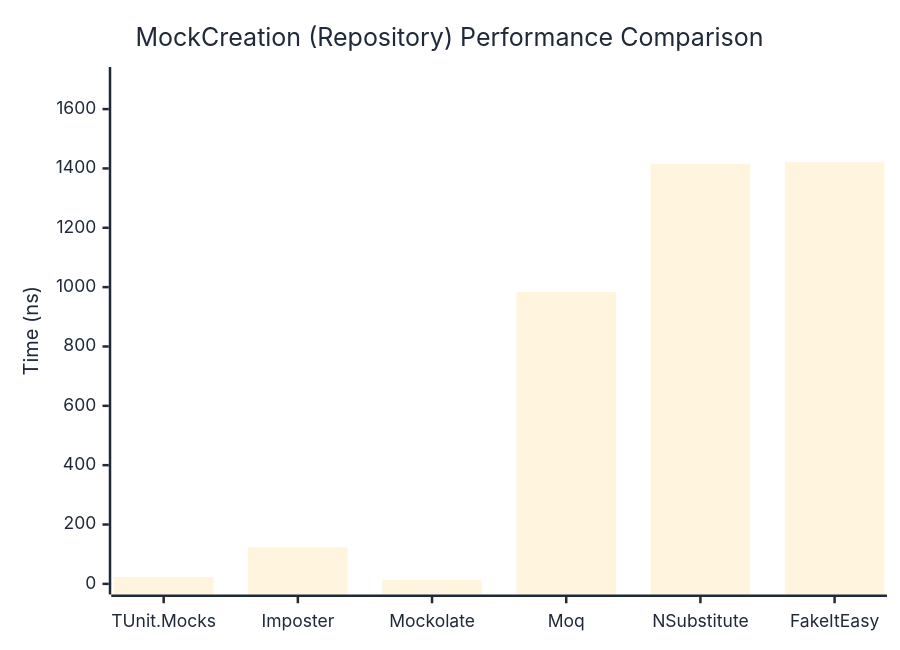
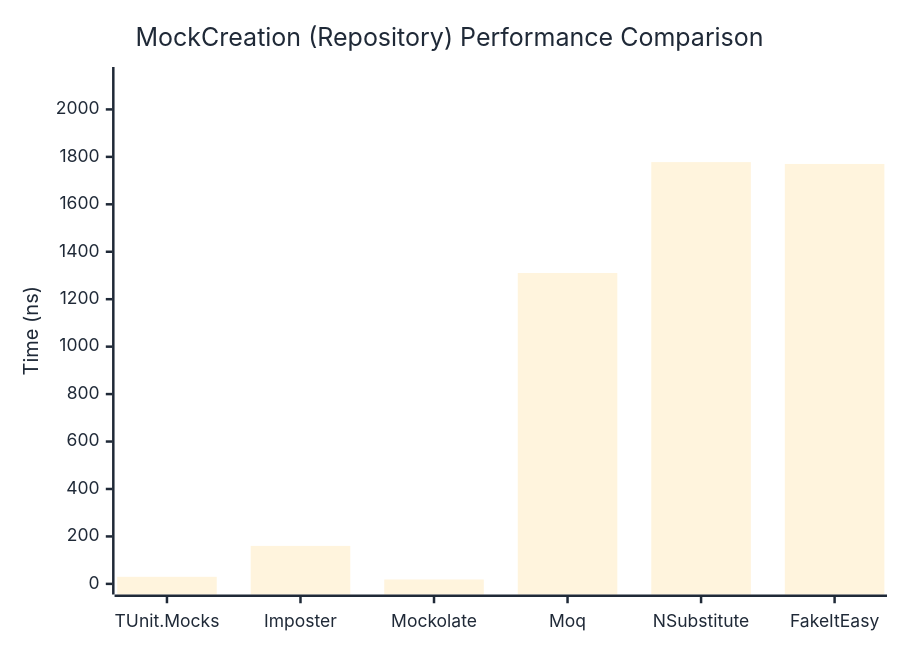
Before and after one commit to thomhurst/TUnit: the second of 2 diagrams in docs/docs/benchmarks/mocks/MockCreation.md, drawn with Mermaid. The commit also changed other lines of this file and 14 other files, not shown here.

````diff
--- a/docs/docs/benchmarks/mocks/MockCreation.md
+++ b/docs/docs/benchmarks/mocks/MockCreation.md
@@ -71,27 +71,27 @@
 ```mermaid
 %%{init: {
   'theme':'base',
   'themeVariables': {
     'primaryColor': '#2563eb',
     'primaryTextColor': '#1f2937',
     'primaryBorderColor': '#1e40af',
     'lineColor': '#6b7280',
     'secondaryColor': '#7c3aed',
     'tertiaryColor': '#dc2626',
     'background': '#ffffff',
     'pie1': '#2563eb',
     'pie2': '#7c3aed',
     'pie3': '#dc2626',
     'pie4': '#f59e0b',
     'pie5': '#10b981',
     'pie6': '#06b6d4',
     'pie7': '#ec4899',
     'pie8': '#6366f1'
   }
 }}%%
 xychart-beta
   title "MockCreation (Repository) Performance Comparison"
   x-axis ["TUnit.Mocks", "Imposter", "Mockolate", "Moq", "NSubstitute", "FakeItEasy"]
-  y-axis "Time (ns)" 0 --> 1706
-  bar [23.4, 122.91, 13.84, 983.67, 1415.68, 1420.88]
+  y-axis "Time (ns)" 0 --> 2134
+  bar [29.81, 160.07, 18.49, 1310.35, 1777.89, 1770.07]
 ```
````
